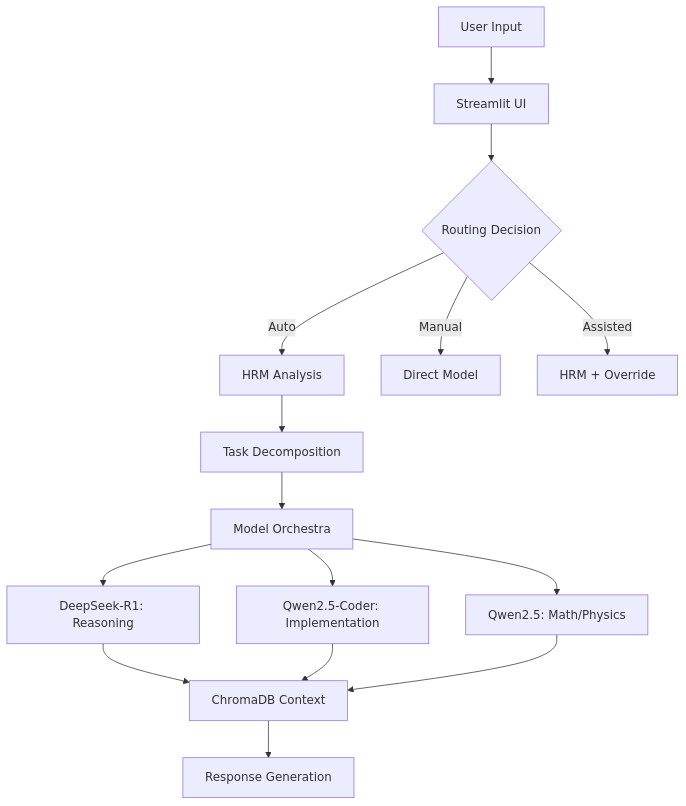
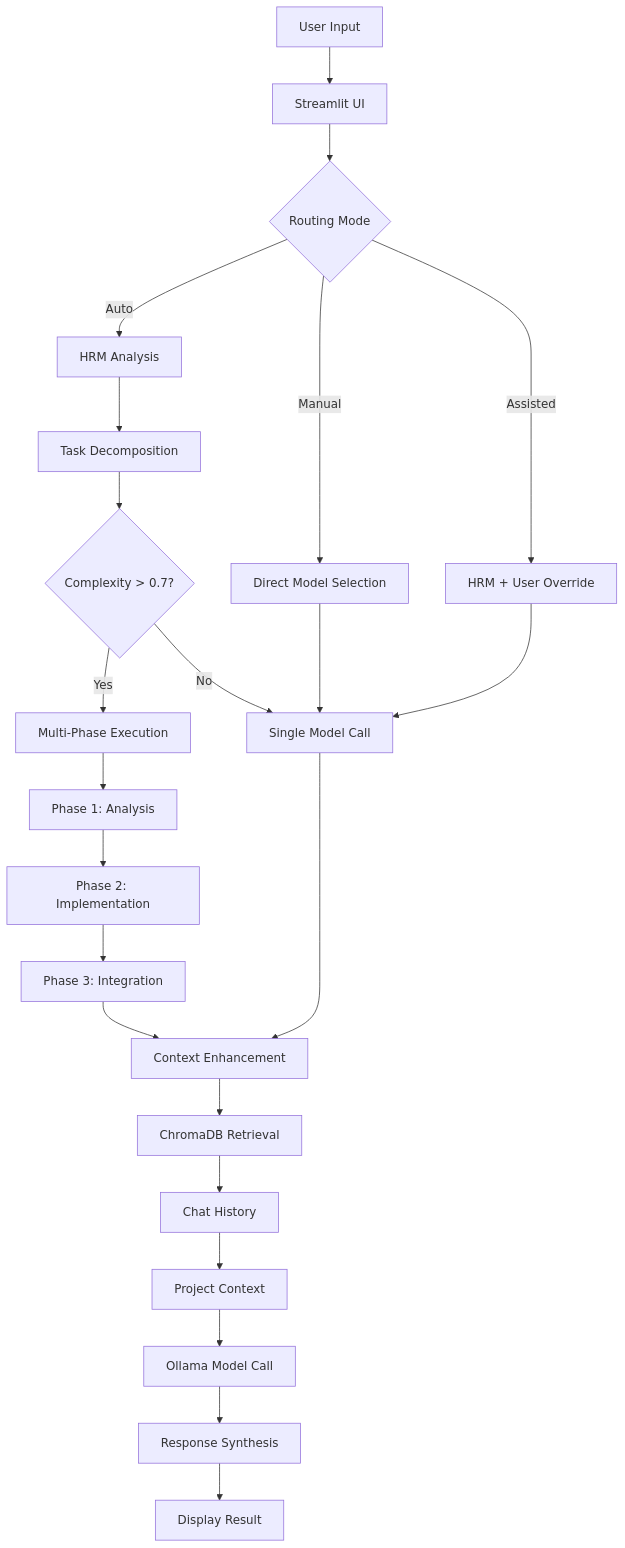
The diagram in README.md (Mando-369/multi-model-AI-development-assistant), drawn with Mermaid before and after one commit. The commit also changed other lines of this file and 12 other files, not shown here.

````diff
--- a/README.md
+++ b/README.md
@@ -178,17 +276,30 @@
 ```mermaid
 graph TD
     A[User Input] --> B[Streamlit UI]
-    B --> C{Routing Decision}
+    B --> C{Routing Mode}
     C -->|Auto| D[HRM Analysis]
-    C -->|Manual| E[Direct Model]
-    C -->|Assisted| F[HRM + Override]
+    C -->|Manual| E[Direct Model Selection]
+    C -->|Assisted| F[HRM + User Override]
+
     D --> G[Task Decomposition]
-    G --> H[Model Orchestra]
-    H --> I[DeepSeek-R1: Reasoning]
-    H --> J[Qwen2.5-Coder: Implementation]
-    H --> K[Qwen2.5: Math/Physics]
-    I --> L[ChromaDB Context]
-    J --> L
-    K --> L
-    L --> M[Response Generation]
+    G --> H{Complexity > 0.7?}
+    H -->|Yes| I[Multi-Phase Execution]
+    H -->|No| J[Single Model Call]
+
+    I --> K[Phase 1: Analysis]
+    K --> L[Phase 2: Implementation]
+    L --> M[Phase 3: Integration]
+
+    E --> J
+    F --> J
+
+    J --> N[Context Enhancement]
+    M --> N
+
+    N --> O[ChromaDB Retrieval]
+    O --> P[Chat History]
+    P --> Q[Project Context]
+    Q --> R[Ollama Model Call]
+    R --> S[Response Synthesis]
+    S --> T[Display Result]
 ```
````
